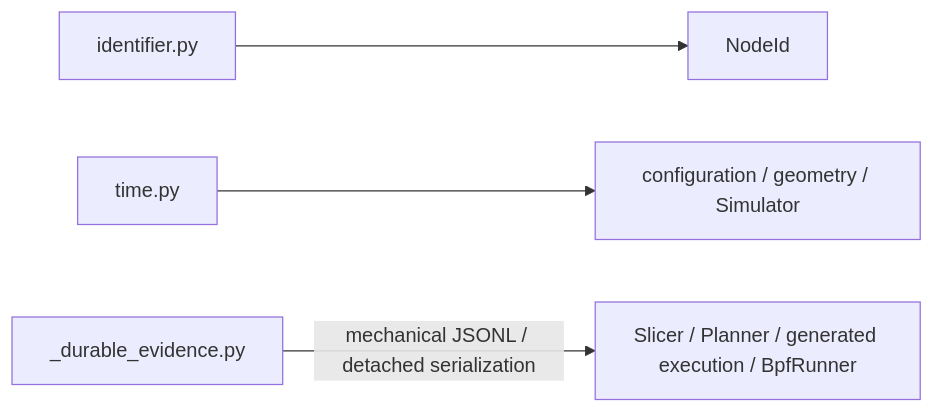
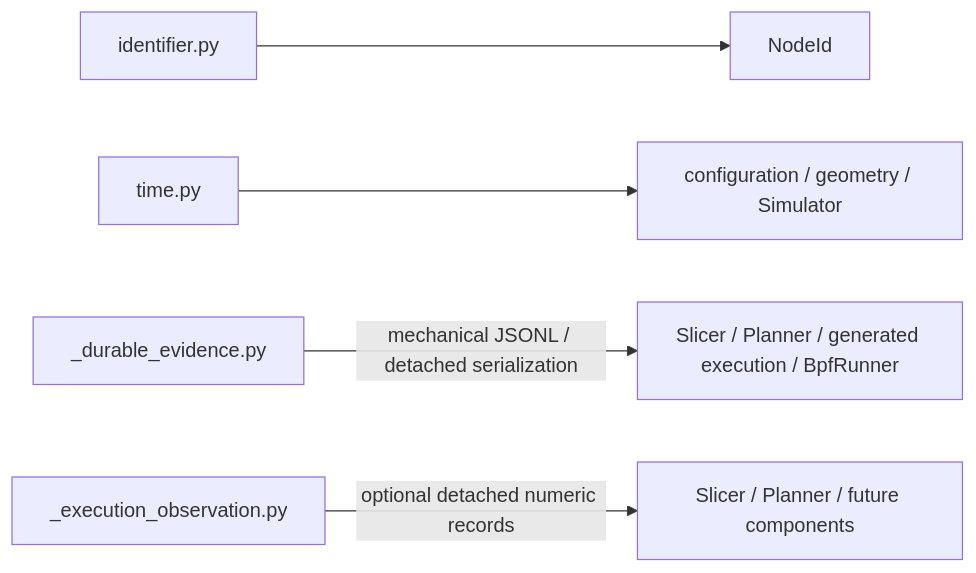
Before and after one commit to seed-labs/skyseed: the second of 3 diagrams in skyseed_v2/src/skyseed_v2/shared/README.md, drawn with Mermaid. The commit also changed other lines of this file and 79 other files, not shown here.

````diff
--- a/skyseed_v2/src/skyseed_v2/shared/README.md
+++ b/skyseed_v2/src/skyseed_v2/shared/README.md
@@ -28,6 +29,7 @@
 ```mermaid
 flowchart LR
     IDENTIFIER["identifier.py"] --> NODE["NodeId"]
     TIME["time.py"] --> TIME_USERS["configuration / geometry / Simulator"]
     DURABLE["_durable_evidence.py"] -->|mechanical JSONL / detached serialization| EVIDENCE_USERS["Slicer / Planner / generated execution / BpfRunner"]
+    OBSERVE["_execution_observation.py"] -->|optional detached numeric records| OBSERVERS["Slicer / Planner / future components"]
 ```
````
